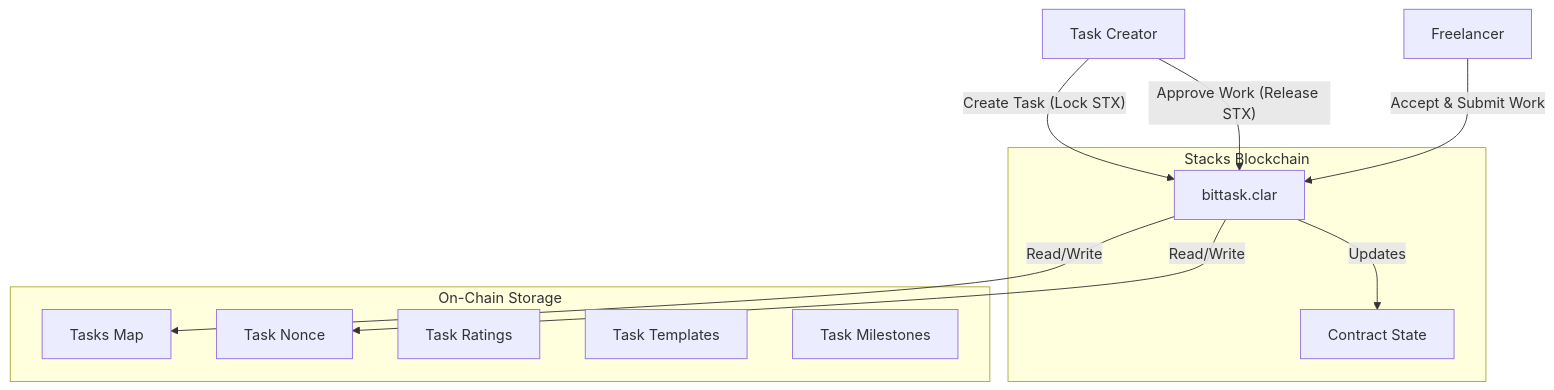
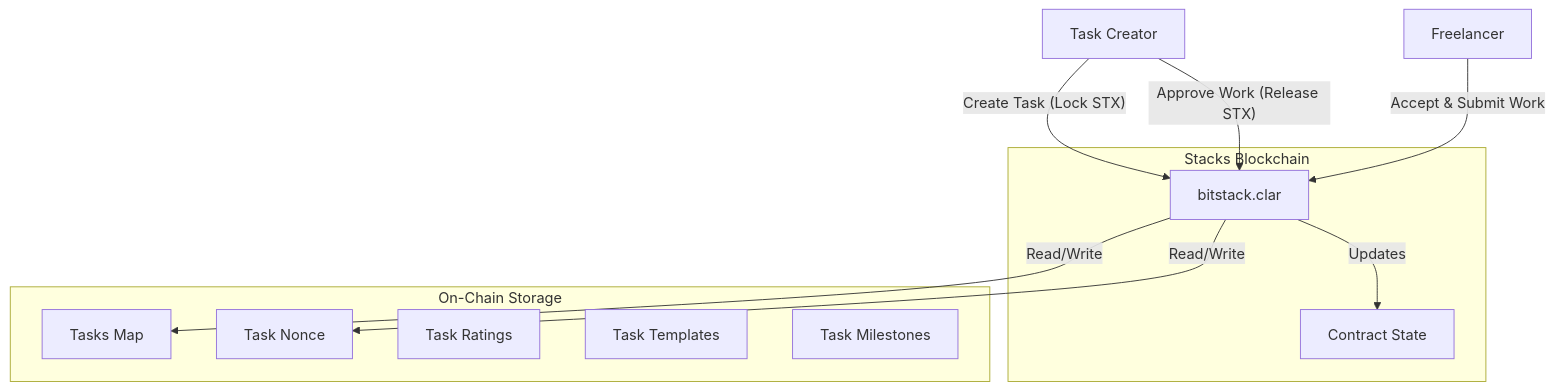
One commit to syed-ghufran-hassan/bitstack changed the first of 2 diagrams in README.md. Above: the diagram before and after it, drawn with Mermaid. The commit also changed other lines of this file and 66 other files, not shown here.

````diff
--- a/README.md
+++ b/README.md
@@ -22,26 +22,26 @@
 ```mermaid
 graph TD
     User[Task Creator]
     Worker[Freelancer]
     
     subgraph Stacks_Blockchain [Stacks Blockchain]
-        Contract[bittask.clar]
+        Contract[bitstack.clar]
         State[Contract State]
     end
     
     subgraph Storage [On-Chain Storage]
         Tasks[Tasks Map]
         Nonce[Task Nonce]
         Ratings[Task Ratings]
         Templates[Task Templates]
         Milestones[Task Milestones]
     end
 
     User -- "Create Task (Lock STX)" --> Contract
     Worker -- "Accept & Submit Work" --> Contract
     User -- "Approve Work (Release STX)" --> Contract
     
     Contract -- Read/Write --> Tasks
     Contract -- Read/Write --> Nonce
     Contract -- Updates --> State
 ```
````
